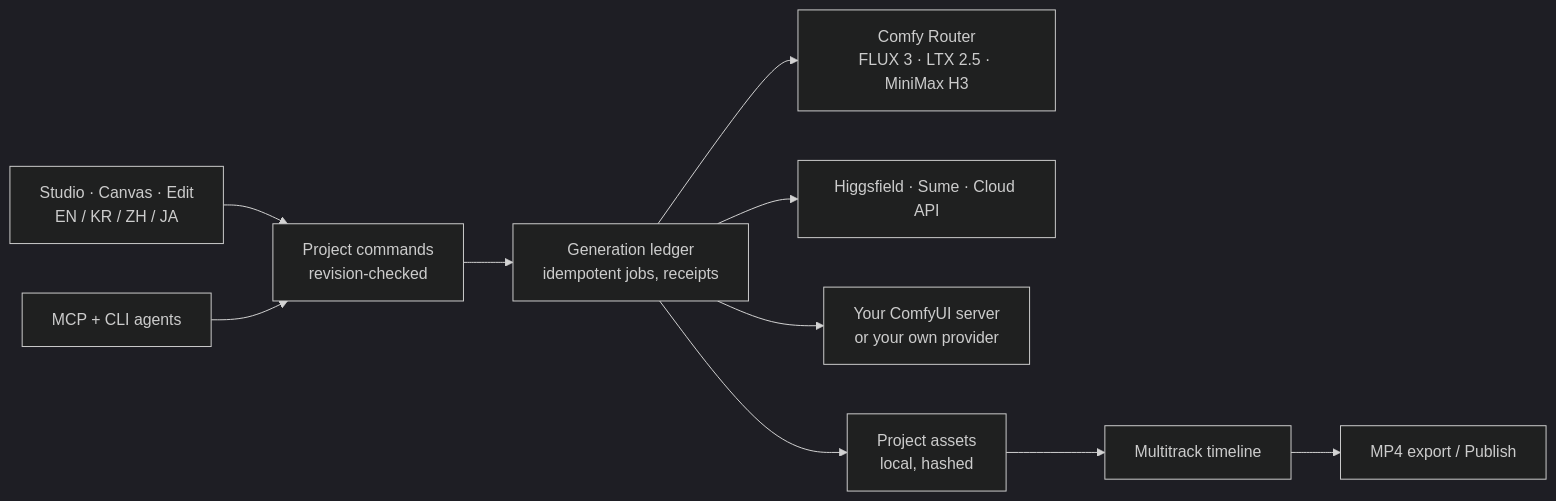
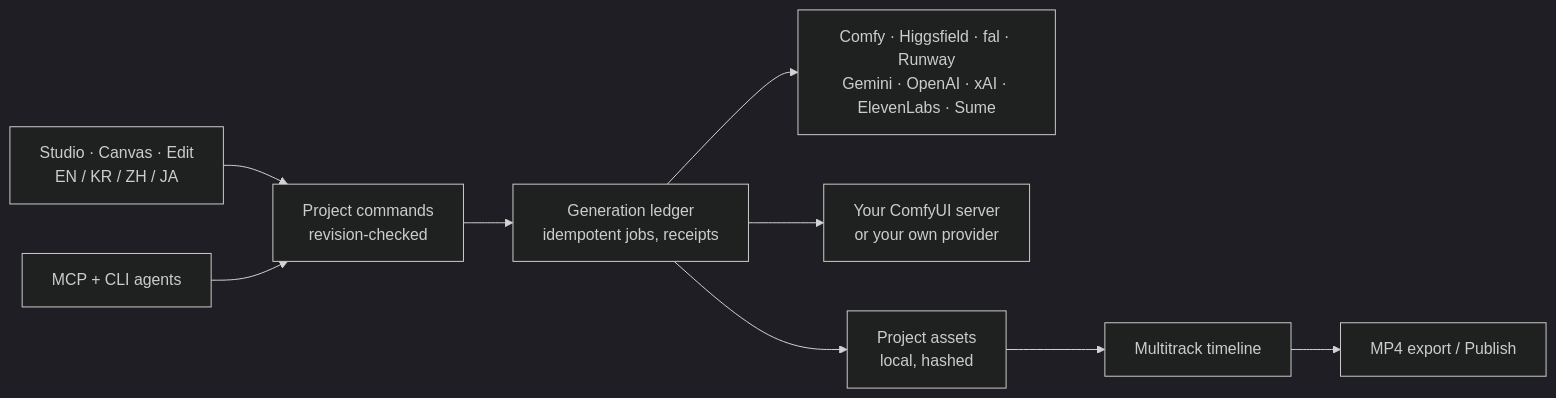
The diagram in README.md (slit-company/viral-hit), drawn with Mermaid (dark theme) before and after one commit. The commit also changed other lines of this file, not shown here.

````diff
--- a/README.md
+++ b/README.md
@@ -141,11 +138,10 @@
 ```mermaid
 flowchart LR
   UI["Studio · Canvas · Edit<br/>EN / KR / ZH / JA"] --> CMD["Project commands<br/>revision-checked"]
   MCP["MCP + CLI agents"] --> CMD
   CMD --> GEN["Generation ledger<br/>idempotent jobs, receipts"]
-  GEN --> P1["Comfy Router<br/>FLUX 3 · LTX 2.5 · MiniMax H3"]
-  GEN --> P2["Higgsfield · Sume · Cloud API"]
+  GEN --> P1["Comfy · Higgsfield · fal · Runway<br/>Gemini · OpenAI · xAI · ElevenLabs · Sume"]
   GEN --> P3["Your ComfyUI server<br/>or your own provider"]
   GEN --> ASSETS["Project assets<br/>local, hashed"]
   ASSETS --> TL["Multitrack timeline"] --> MP4["MP4 export / Publish"]
 ```
````
